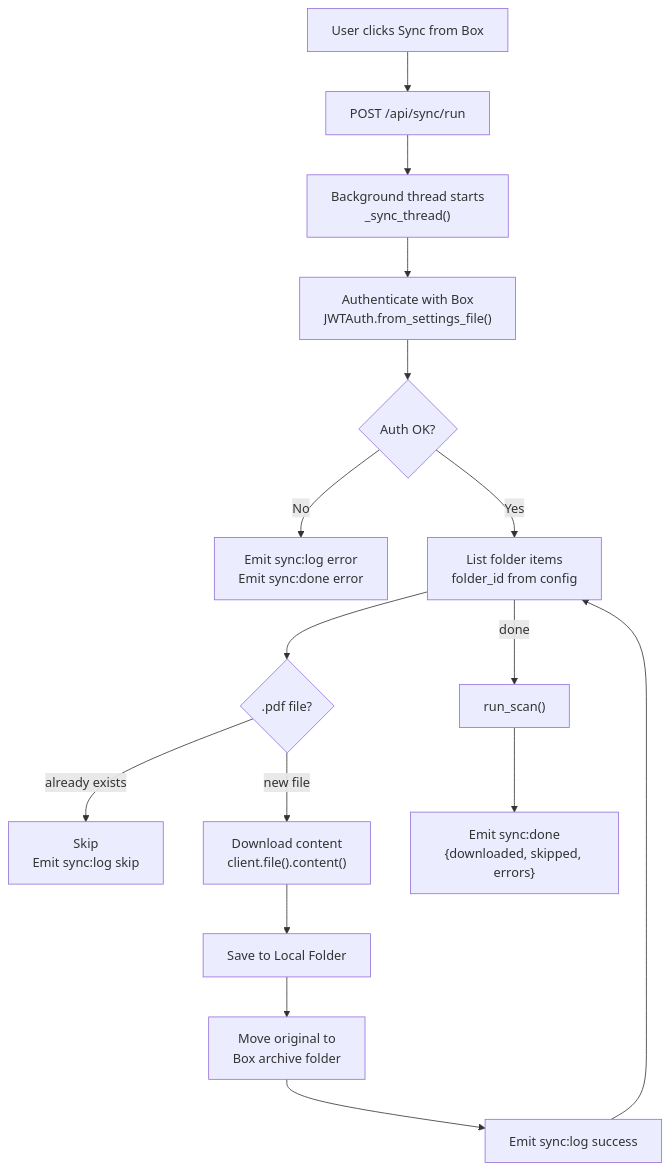
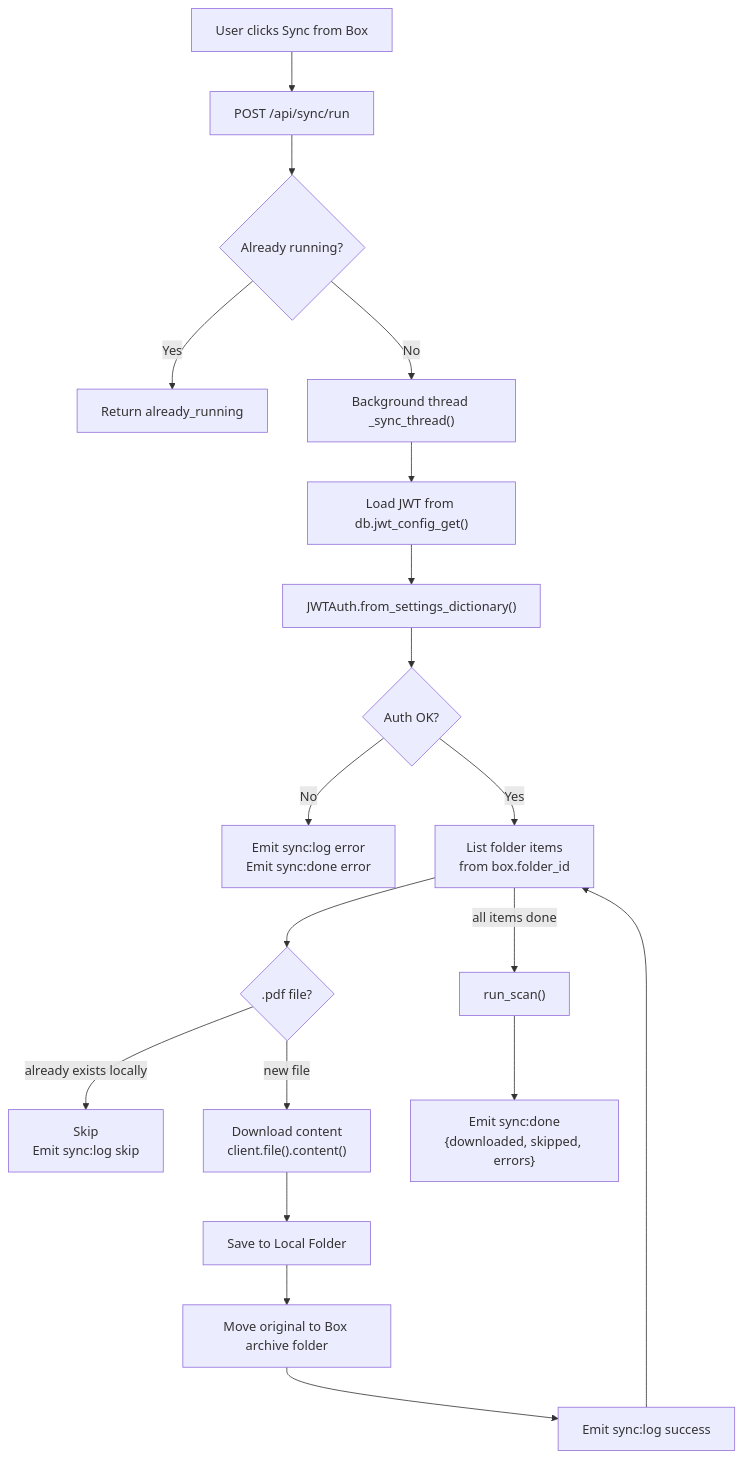
Before and after one commit to HackToTheFuture-WatsonX/WatsonX: the first of 8 diagrams in docs/pdf-extractor-v3/features.md, drawn with Mermaid. The commit also changed other lines of this file and 9 other files, not shown here.

````diff
--- a/docs/pdf-extractor-v3/features.md
+++ b/docs/pdf-extractor-v3/features.md
@@ -38,18 +38,21 @@
 ```mermaid
 flowchart TD
     A["User clicks Sync from Box"] --> B["POST /api/sync/run"]
-    B --> C["Background thread starts\n_sync_thread()"]
-    C --> D["Authenticate with Box\nJWTAuth.from_settings_file()"]
-    D --> E{"Auth OK?"}
-    E -- No --> F["Emit sync:log error\nEmit sync:done error"]
-    E -- Yes --> G["List folder items\nfolder_id from config"]
-    G --> H{".pdf file?"}
-    H -- "already exists" --> I["Skip\nEmit sync:log skip"]
-    H -- "new file" --> J["Download content\nclient.file().content()"]
-    J --> K["Save to Local Folder"]
-    K --> L["Move original to\nBox archive folder"]
-    L --> M["Emit sync:log success"]
-    M --> G
-    G -- "done" --> N["run_scan()"]
-    N --> O["Emit sync:done\n{downloaded, skipped, errors}"]
+    B --> C{Already running?}
+    C -- Yes --> D["Return already_running"]
+    C -- No --> E["Background thread _sync_thread()"]
+    E --> F["Load JWT from db.jwt_config_get()"]
+    F --> G["JWTAuth.from_settings_dictionary()"]
+    G --> H{"Auth OK?"}
+    H -- No --> I["Emit sync:log error\nEmit sync:done error"]
+    H -- Yes --> J["List folder items\nfrom box.folder_id"]
+    J --> K{".pdf file?"}
+    K -- "already exists locally" --> L["Skip\nEmit sync:log skip"]
+    K -- "new file" --> M["Download content\nclient.file().content()"]
+    M --> N["Save to Local Folder"]
+    N --> O["Move original to Box archive folder"]
+    O --> P["Emit sync:log success"]
+    P --> J
+    J -- "all items done" --> Q["run_scan()"]
+    Q --> R["Emit sync:done\n{downloaded, skipped, errors}"]
 ```
````
